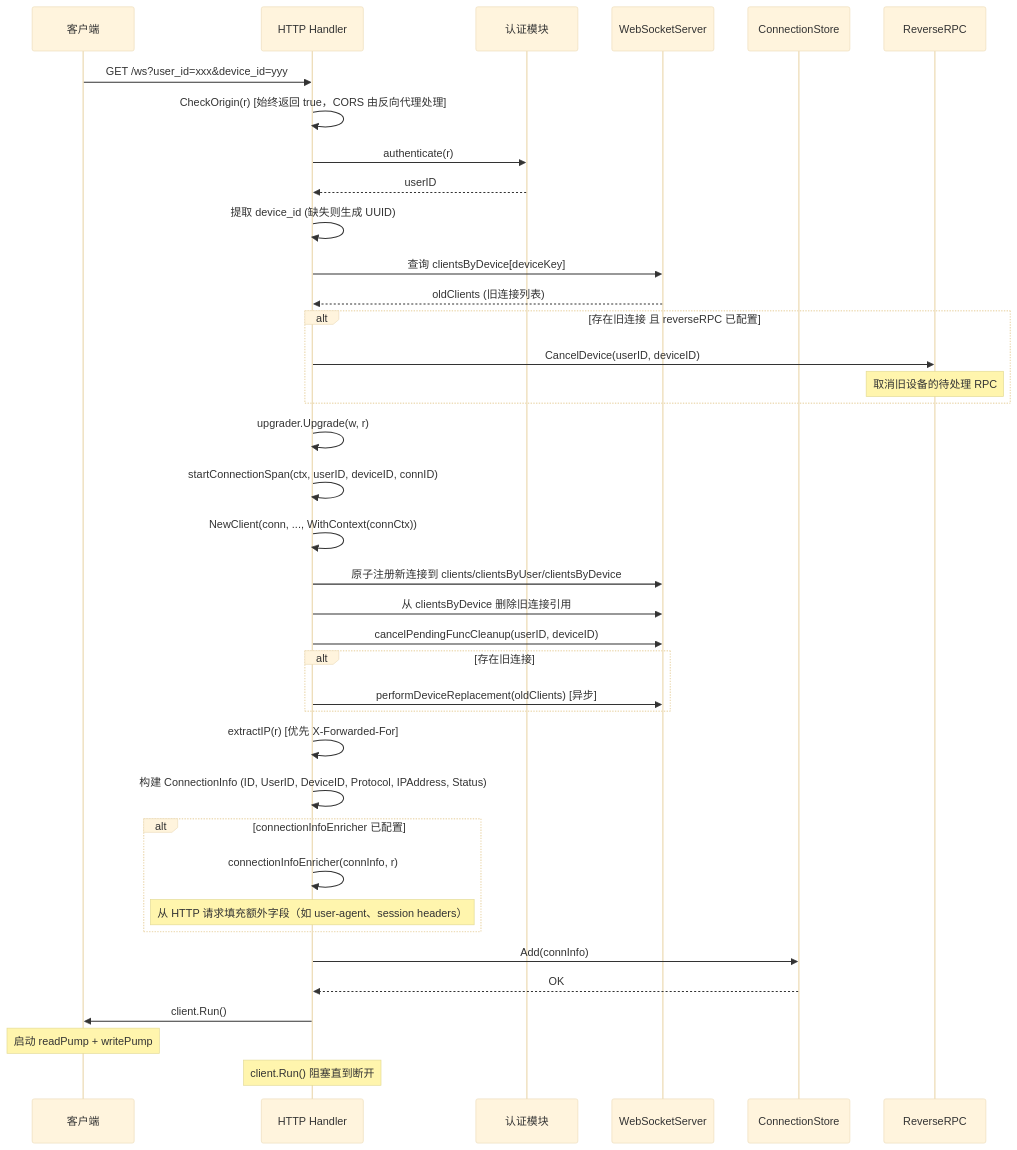
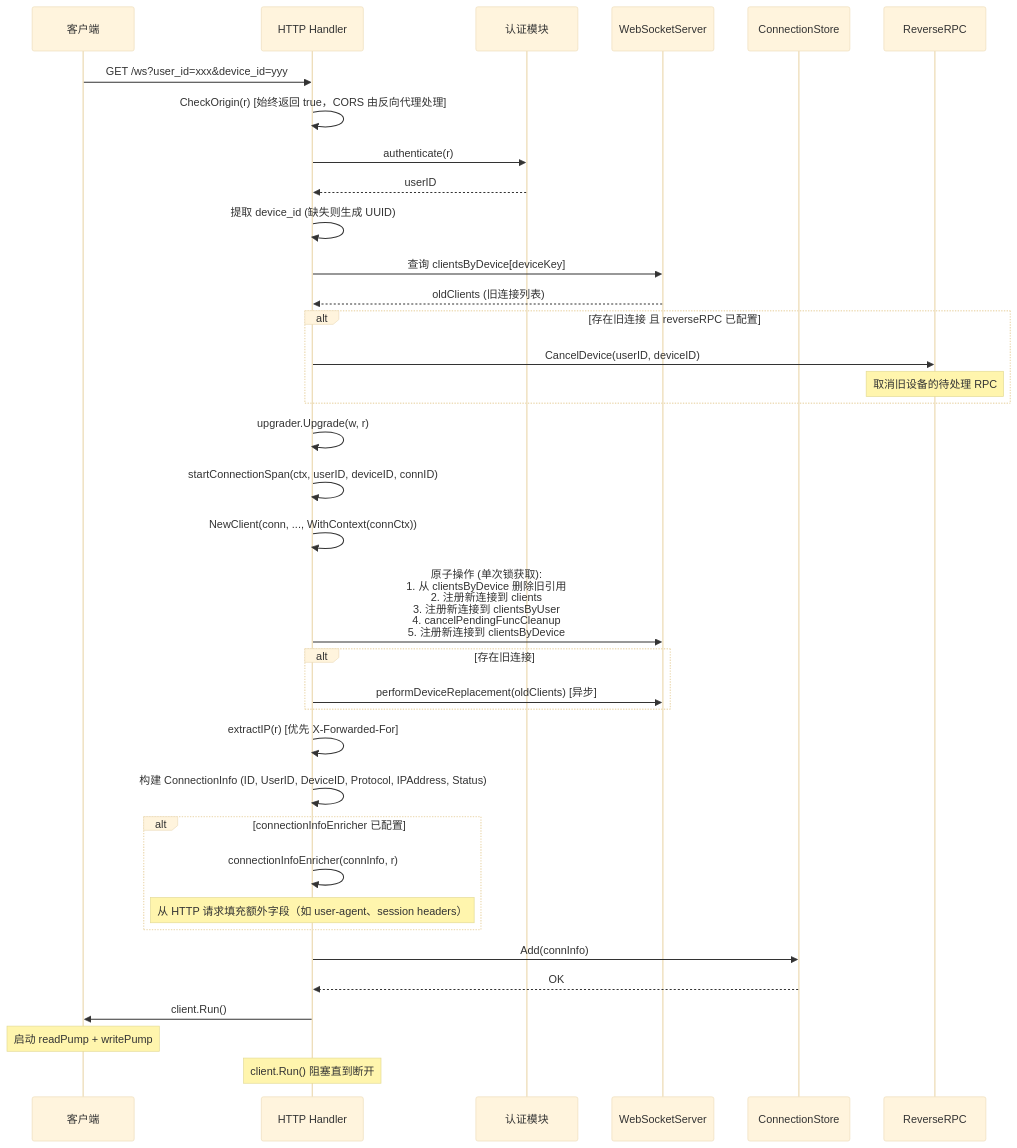
Before and after one commit to PineappleBond/xyncra-server: the first of 14 diagrams in wiki/flows/websocket-connection.md, drawn with Mermaid (base theme). The commit also changed other lines of this file and 21 other files, not shown here.

Commit message:
docs(wiki): add edge cases and fix inaccuracies across all flow documents

````diff
--- a/wiki/flows/websocket-connection.md
+++ b/wiki/flows/websocket-connection.md
@@ -14,48 +16,46 @@
 ```mermaid
 sequenceDiagram
     participant Client as 客户端
     participant HTTP as HTTP Handler
     participant Auth as 认证模块
     participant WS as WebSocketServer
     participant CS as ConnectionStore
     participant RR as ReverseRPC
 
     Client->>HTTP: GET /ws?user_id=xxx&device_id=yyy
     HTTP->>HTTP: CheckOrigin(r) [始终返回 true，CORS 由反向代理处理]
     HTTP->>Auth: authenticate(r)
     Auth-->>HTTP: userID
 
     HTTP->>HTTP: 提取 device_id (缺失则生成 UUID)
     HTTP->>WS: 查询 clientsByDevice[deviceKey]
     WS-->>HTTP: oldClients (旧连接列表)
 
     alt 存在旧连接 且 reverseRPC 已配置
         HTTP->>RR: CancelDevice(userID, deviceID)
         Note over RR: 取消旧设备的待处理 RPC
     end
 
     HTTP->>HTTP: upgrader.Upgrade(w, r)
     HTTP->>HTTP: startConnectionSpan(ctx, userID, deviceID, connID)
     HTTP->>HTTP: NewClient(conn, ..., WithContext(connCtx))
-    HTTP->>WS: 原子注册新连接到 clients/clientsByUser/clientsByDevice
-    HTTP->>WS: 从 clientsByDevice 删除旧连接引用
-    HTTP->>WS: cancelPendingFuncCleanup(userID, deviceID)
+    HTTP->>WS: 原子操作 (单次锁获取):<br/>1. 从 clientsByDevice 删除旧引用<br/>2. 注册新连接到 clients<br/>3. 注册新连接到 clientsByUser<br/>4. cancelPendingFuncCleanup<br/>5. 注册新连接到 clientsByDevice
 
     alt 存在旧连接
         HTTP->>WS: performDeviceReplacement(oldClients) [异步]
     end
 
     HTTP->>HTTP: extractIP(r) [优先 X-Forwarded-For]
     HTTP->>HTTP: 构建 ConnectionInfo (ID, UserID, DeviceID, Protocol, IPAddress, Status)
     alt connectionInfoEnricher 已配置
         HTTP->>HTTP: connectionInfoEnricher(connInfo, r)
         Note over HTTP: 从 HTTP 请求填充额外字段（如 user-agent、session headers）
     end
     HTTP->>CS: Add(connInfo)
     CS-->>HTTP: OK
 
     HTTP->>Client: client.Run()
     Note over Client: 启动 readPump + writePump
 
     Note over HTTP: client.Run() 阻塞直到断开
 ```
````
